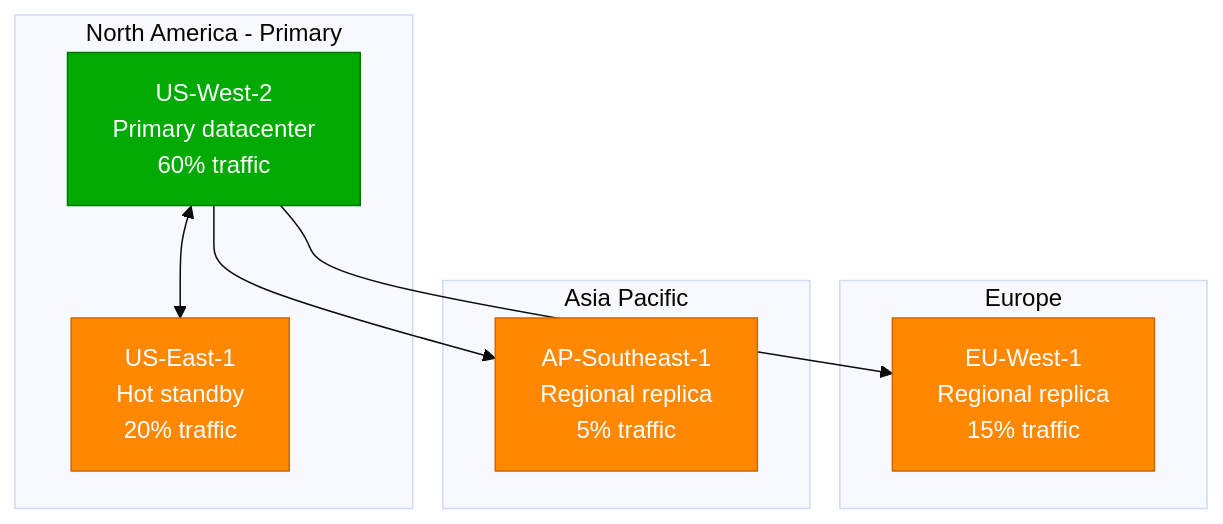
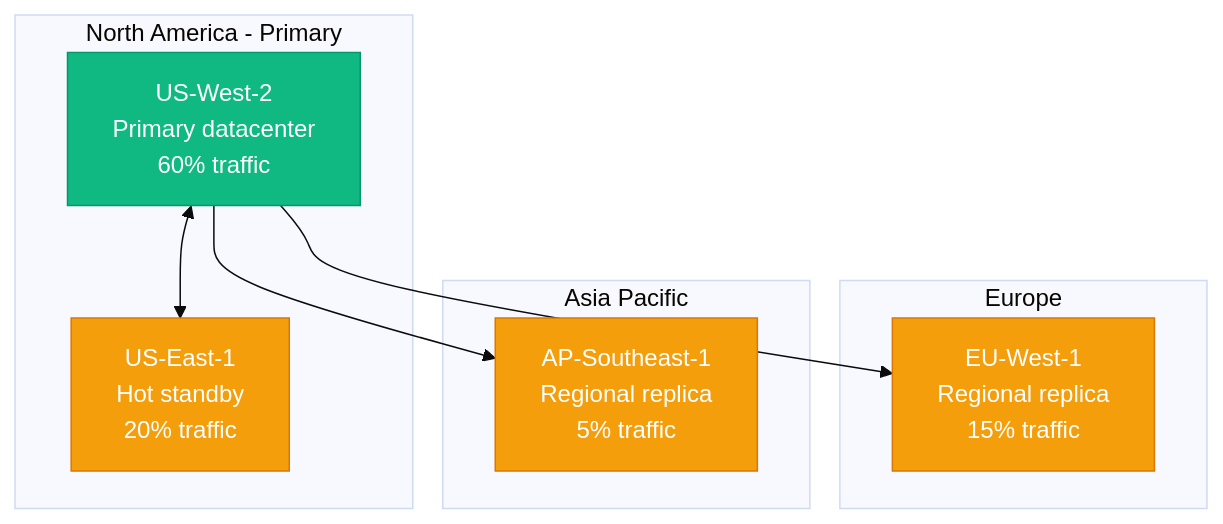
The second of 2 diagrams in site/docs/systems/linkedin/architecture.md (deepaucksharma/DS), drawn with Mermaid (base theme) before and after one commit. The commit also changed other lines of this file and 303 other files, not shown here.

````diff
--- a/site/docs/systems/linkedin/architecture.md
+++ b/site/docs/systems/linkedin/architecture.md
@@ -145,25 +145,25 @@
 ```mermaid
 graph TB
     subgraph NA[North America - Primary]
         NA_DC1[US-West-2<br/>Primary datacenter<br/>60% traffic]
         NA_DC2[US-East-1<br/>Hot standby<br/>20% traffic]
     end
 
     subgraph EU[Europe]
         EU_DC[EU-West-1<br/>Regional replica<br/>15% traffic]
     end
 
     subgraph APAC[Asia Pacific]
         APAC_DC[AP-Southeast-1<br/>Regional replica<br/>5% traffic]
     end
 
     NA_DC1 <--> NA_DC2
     NA_DC1 --> EU_DC
     NA_DC1 --> APAC_DC
 
-    classDef primaryStyle fill:#00AA00,stroke:#007700,color:#fff
-    classDef replicaStyle fill:#FF8800,stroke:#CC6600,color:#fff
+    classDef primaryStyle fill:#10B981,stroke:#059669,color:#fff
+    classDef replicaStyle fill:#F59E0B,stroke:#D97706,color:#fff
 
     class NA_DC1 primaryStyle
     class NA_DC2,EU_DC,APAC_DC replicaStyle
 ```
````
